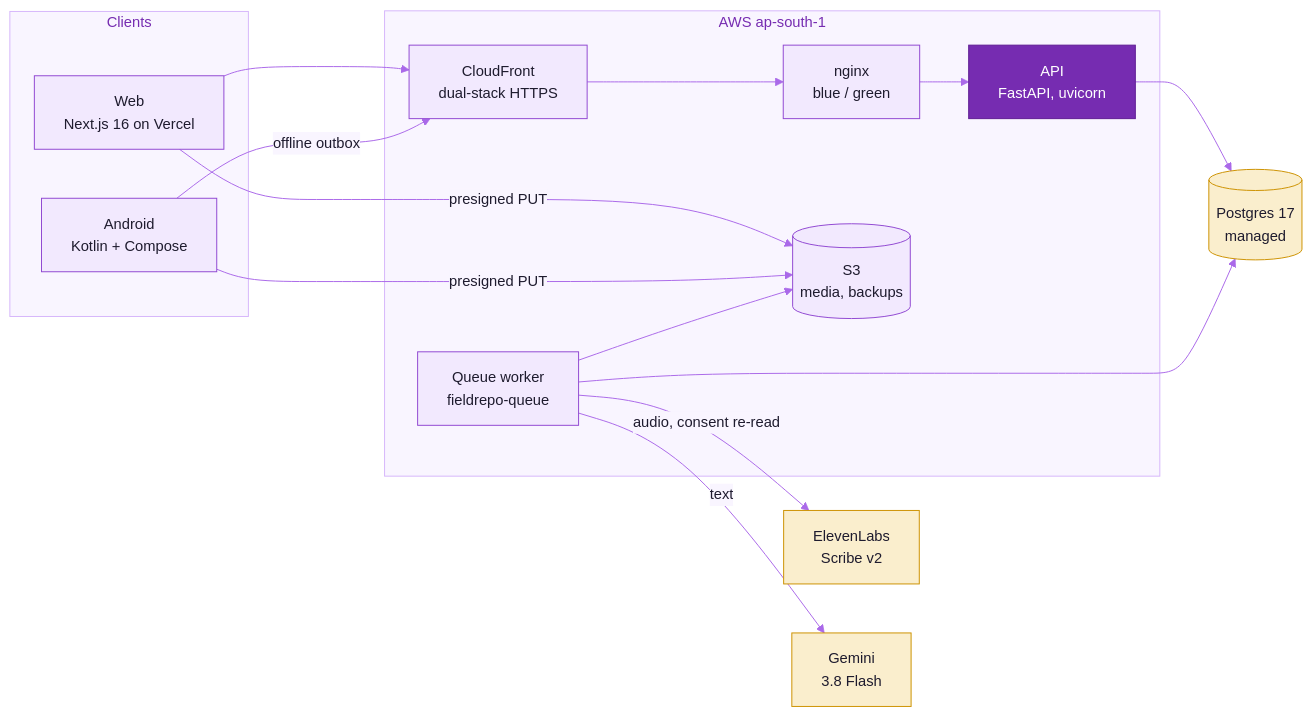
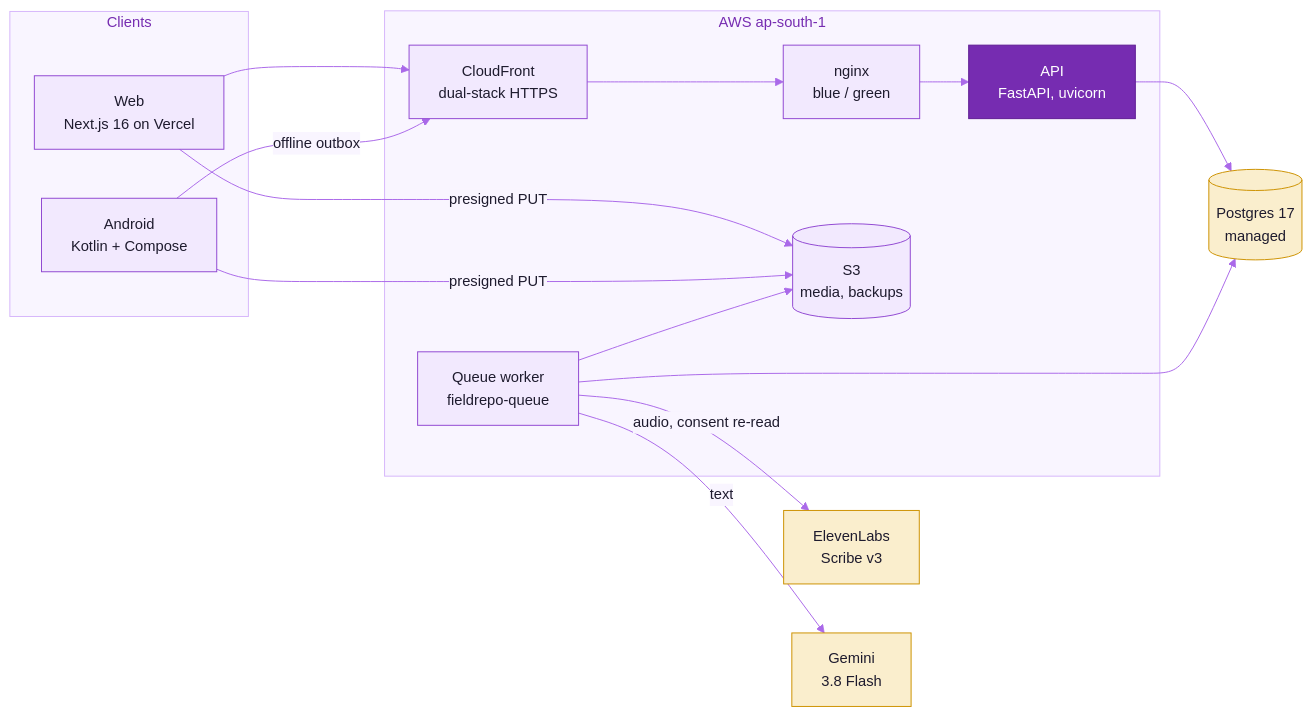
One commit to cxacraftecosystem-ui/designer-portal changed the first of 6 diagrams in README.md. Above: the diagram before and after it, drawn with Mermaid. The commit also changed other lines of this file and 54 other files, not shown here.

Commit message:
0.0.2: speech-to-text moves to ElevenLabs Scribe v3 on every surface, retries on Scribe v2 when a request is refused, and Android shows the badge the server names

````diff
--- a/README.md
+++ b/README.md
@@ -86,32 +86,32 @@
 ```mermaid
 %%{init: {"theme":"base","fontFamily":"Inter, ui-sans-serif, system-ui, -apple-system, Segoe UI, Roboto, Helvetica, Arial, sans-serif","themeVariables":{"fontSize":"15px","primaryColor":"#F2E9FE","primaryTextColor":"#1E1B2E","primaryBorderColor":"#9148D2","secondaryColor":"#FAEECD","secondaryTextColor":"#1E1B2E","secondaryBorderColor":"#CD9200","tertiaryColor":"#F3F1FA","tertiaryTextColor":"#1E1B2E","tertiaryBorderColor":"#A7A3BC","mainBkg":"#F2E9FE","nodeBorder":"#9148D2","nodeTextColor":"#1E1B2E","lineColor":"#AA69E9","textColor":"#857F9E","edgeLabelBackground":"#F9F5FF","clusterBkg":"#F9F5FF","clusterBorder":"#D6B6FB","titleColor":"#762CB1"}}}%%
 flowchart LR
   subgraph Clients
     W["Web<br/>Next.js 16 on Vercel"]
     A["Android<br/>Kotlin + Compose"]
   end
   subgraph AWS["AWS ap-south-1"]
     CF["CloudFront<br/>dual-stack HTTPS"]
     NG["nginx<br/>blue / green"]
     API["API<br/>FastAPI, uvicorn"]
     WK["Queue worker<br/>fieldrepo-queue"]
     S3[("S3<br/>media, backups")]
   end
   PG[("Postgres 17<br/>managed")]
-  EL["ElevenLabs<br/>Scribe v2"]
+  EL["ElevenLabs<br/>Scribe v3"]
   GM["Gemini<br/>3.8 Flash"]
   W --> CF
   A -->|offline outbox| CF
   CF --> NG --> API
   API --> PG
   WK --> PG
   W -->|presigned PUT| S3
   A -->|presigned PUT| S3
   WK --> S3
   WK -->|audio, consent re-read| EL
   WK -->|text| GM
   classDef accent fill:#762CB1,stroke:#5F1C93,color:#FFFFFF
   classDef gold fill:#FAEECD,stroke:#CD9200,color:#1E1B2E
   class API accent
   class PG,EL,GM gold
 ```
````
